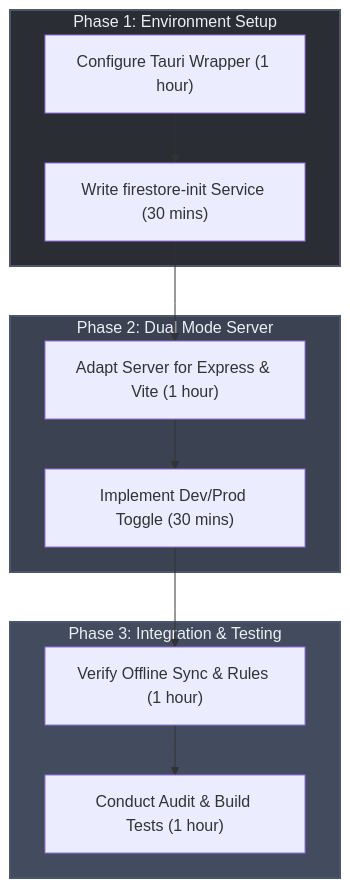
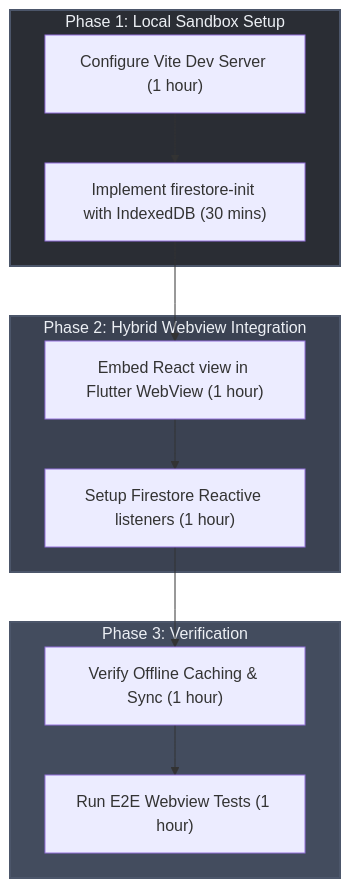
One commit to gintatkinson/digital-pipeline-repo changed the second of 2 diagrams in docs/decisions/react_firestore_deployment_blueprint.md. Above: the diagram before and after it, drawn with Mermaid. The commit also changed other lines of this file and 1 other file, not shown here.

Commit message:
docs: remove Tauri wrapper references and adopt hybrid Flutter webview architecture

````diff
--- a/docs/decisions/react_firestore_deployment_blueprint.md
+++ b/docs/decisions/react_firestore_deployment_blueprint.md
@@ -290,16 +106,16 @@
 ```mermaid
 flowchart TD
-    subgraph P1 ["Phase 1: Environment Setup"]
-        p1_1["Configure Tauri Wrapper (1 hour)"] --> p1_2["Write firestore-init Service (30 mins)"]
+    subgraph P1 ["Phase 1: Local Sandbox Setup"]
+        p1_1["Configure Vite Dev Server (1 hour)"] --> p1_2["Implement firestore-init with IndexedDB (30 mins)"]
     end
-    subgraph P2 ["Phase 2: Dual Mode Server"]
-        p1_2 --> p2_1["Adapt Server for Express & Vite (1 hour)"] --> p2_2["Implement Dev/Prod Toggle (30 mins)"]
+    subgraph P2 ["Phase 2: Hybrid Webview Integration"]
+        p1_2 --> p2_1["Embed React view in Flutter WebView (1 hour)"] --> p2_2["Setup Firestore Reactive listeners (1 hour)"]
     end
-    subgraph P3 ["Phase 3: Integration & Testing"]
-        p2_2 --> p3_1["Verify Offline Sync & Rules (1 hour)"] --> p3_2["Conduct Audit & Build Tests (1 hour)"]
+    subgraph P3 ["Phase 3: Verification"]
+        p2_2 --> p3_1["Verify Offline Caching & Sync (1 hour)"] --> p3_2["Run E2E Webview Tests (1 hour)"]
     end
     
     style P1 fill:#2A2D34,stroke:#4C566A,stroke-width:2px,color:#ECEFF4
     style P2 fill:#3B4252,stroke:#4C566A,stroke-width:2px,color:#ECEFF4
     style P3 fill:#434C5E,stroke:#4C566A,stroke-width:2px,color:#ECEFF4
 ```
````
